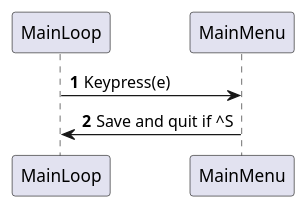
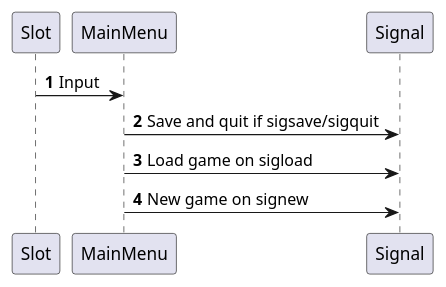
One commit to Hraelzyr/helene-rust changed the diagram in Design diagrams/Sequence Diagrams/main_menu_handler.puml. Above: the diagram before and after it, drawn with PlantUML. The commit also changed 19 other files, not shown here.

First line of the commit message:
Sequence diagrams modified for signal-slots.

```diff
--- a/Design diagrams/Sequence Diagrams/main_menu_handler.puml
+++ b/Design diagrams/Sequence Diagrams/main_menu_handler.puml
@@ -1,8 +1,10 @@
 @startuml
 'https://plantuml.com/sequence-diagram
 
 autonumber
 
-MainLoop -> MainMenu: Keypress(e)
-MainMenu -> MainLoop: Save and quit if ^S
+Slot -> MainMenu: Input
+MainMenu -> Signal: Save and quit if sigsave/sigquit
+MainMenu -> Signal: Load game on sigload
+MainMenu -> Signal: New game on signew
 @enduml
```
